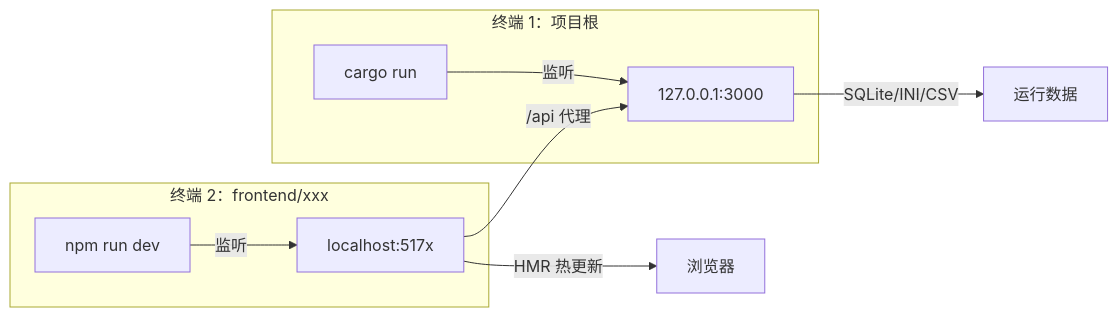
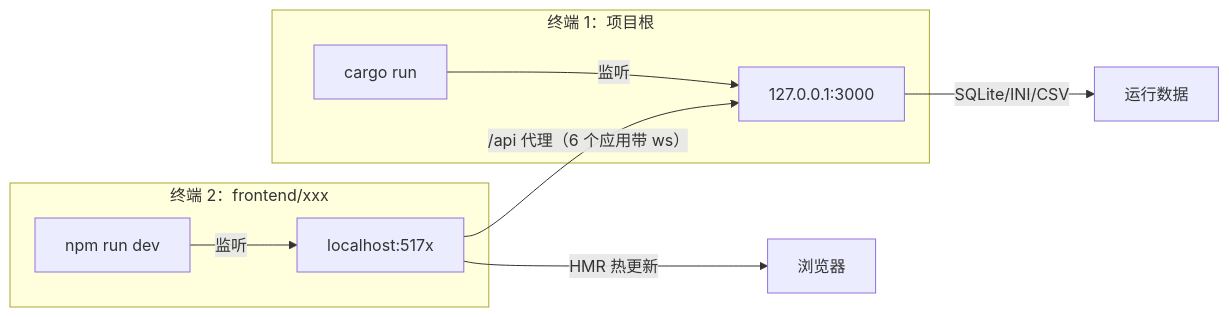
One commit to 3123958139/RustWeb-Vue changed the eighth of 17 diagrams in docs/tutorial/01-项目全景.md. Above: the diagram before and after it, drawn with Mermaid. The commit also changed other lines of this file and 8 other files, not shown here.

````diff
--- a/docs/tutorial/01-项目全景.md
+++ b/docs/tutorial/01-项目全景.md
@@ -465,12 +539,12 @@
 ```mermaid
 flowchart LR
     subgraph 终端1[终端 1：项目根]
         A[cargo run] -->|监听| B[127.0.0.1:3000]
     end
     subgraph 终端2[终端 2：frontend/xxx]
         C[npm run dev] -->|监听| D[localhost:517x]
     end
-    D -->|/api 代理| B
+    D -->|/api 代理（6 个应用带 ws）| B
     B -->|SQLite/INI/CSV| E[运行数据]
     D -->|HMR 热更新| F[浏览器]
 ```
````
